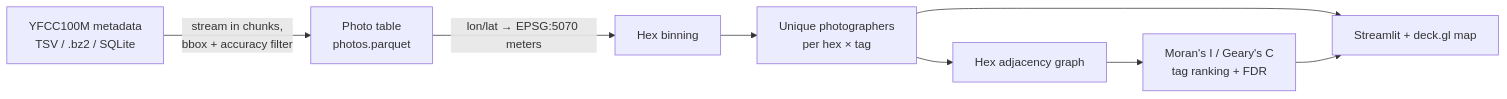
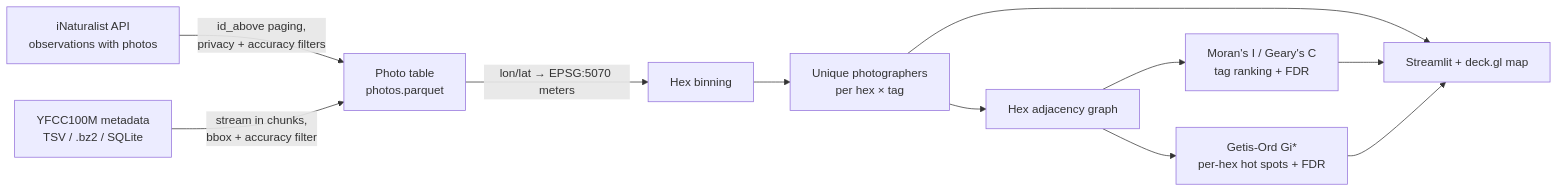
The diagram in README.MD (GIlbertoRCP/spatial_pipeline), drawn with Mermaid before and after one commit. The commit also changed other lines of this file and 15 other files, not shown here.

First line of the commit message:
Add Gi* local hot spots and iNaturalist data source

````diff
--- a/README.MD
+++ b/README.MD
@@ -22,10 +26,13 @@
 ```mermaid
 flowchart LR
-    A[YFCC100M metadata<br/>TSV / .bz2 / SQLite] -->|stream in chunks,<br/>bbox + accuracy filter| B[Photo table<br/>photos.parquet]
+    I[iNaturalist API<br/>observations with photos] -->|id_above paging,<br/>privacy + accuracy filters| B[Photo table<br/>photos.parquet]
+    A[YFCC100M metadata<br/>TSV / .bz2 / SQLite] -->|stream in chunks,<br/>bbox + accuracy filter| B
     B -->|lon/lat → EPSG:5070 meters| C[Hex binning]
     C --> D[Unique photographers<br/>per hex × tag]
     D --> E[Hex adjacency graph]
     E --> F[Moran's I / Geary's C<br/>tag ranking + FDR]
+    E --> H[Getis-Ord Gi*<br/>per-hex hot spots + FDR]
     D --> G[Streamlit + deck.gl map]
     F --> G
+    H --> G
 ```
````
